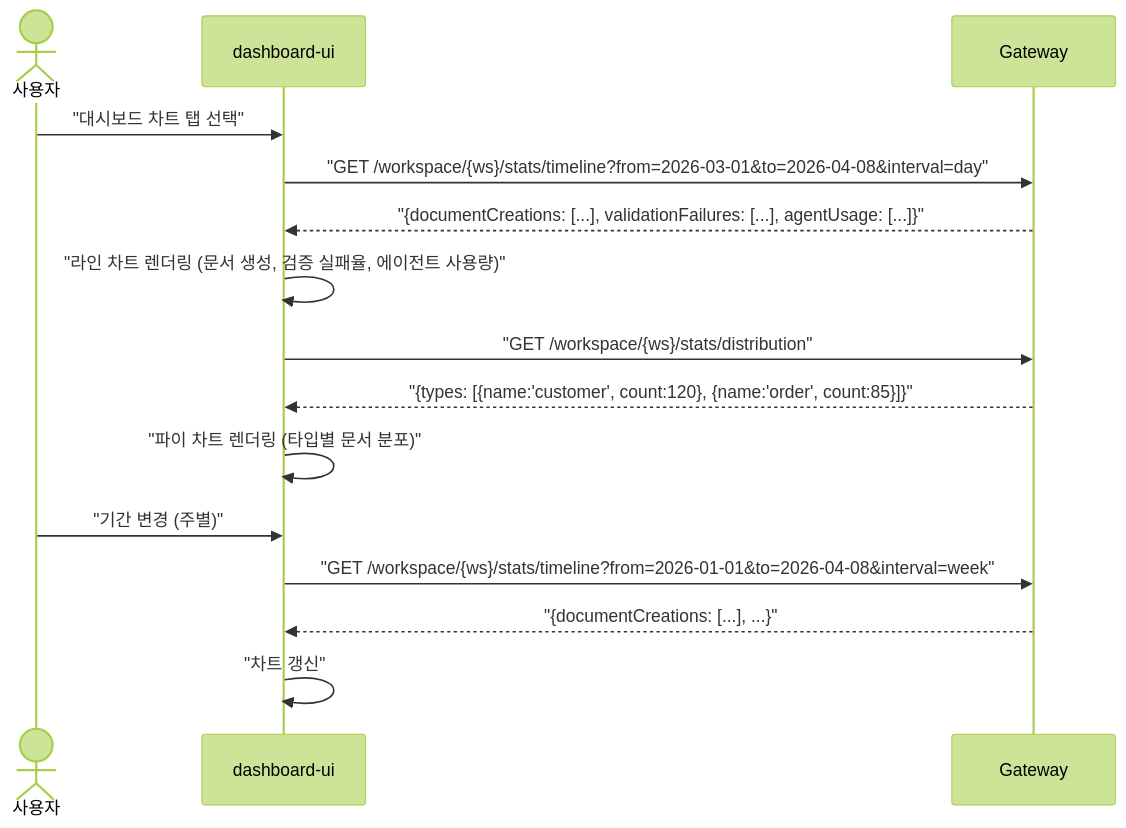
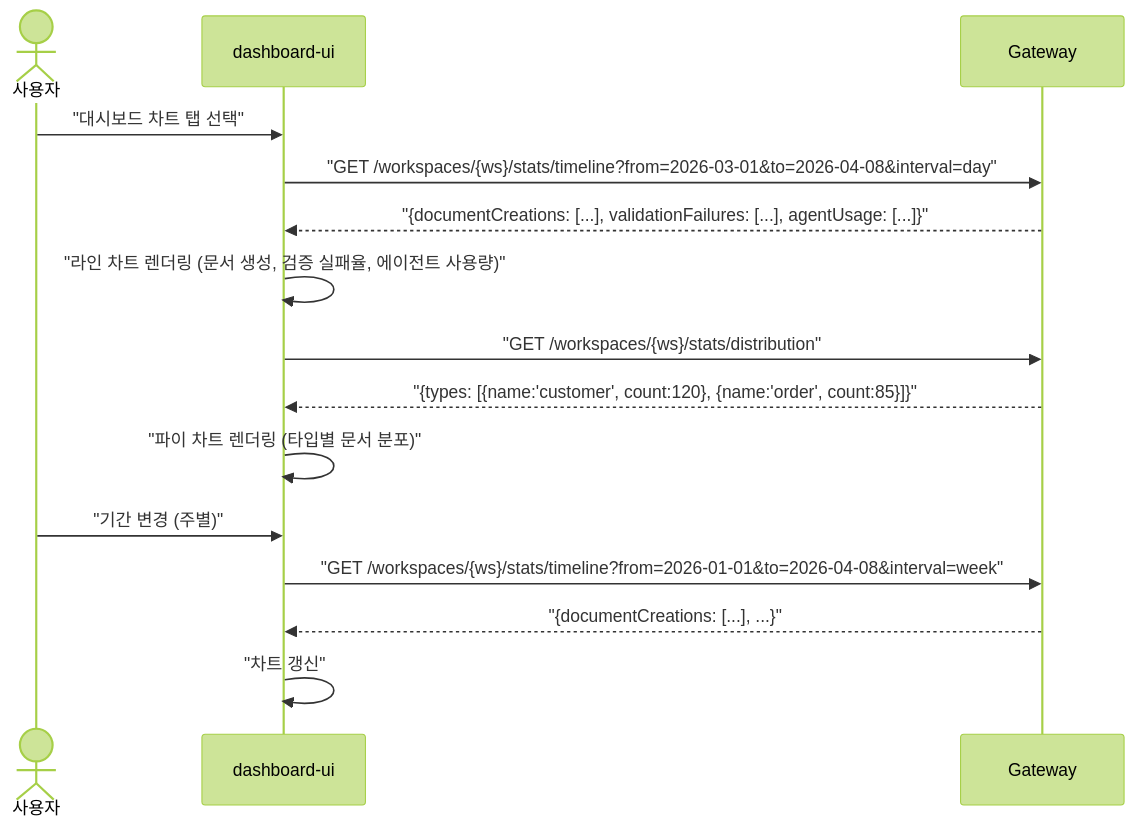
Diagram 28 of 28 in docs/usecases.md (sayaya1090/handbook), drawn with Mermaid (forest theme) before and after one commit. The commit also changed other lines of this file and 58 other files, not shown here.

````diff
--- a/docs/usecases.md
+++ b/docs/usecases.md
@@ -1938,20 +1938,20 @@
 ```mermaid
 sequenceDiagram
     actor U as 사용자
     participant Dash as dashboard-ui
     participant API as Gateway
 
     U->>Dash: "대시보드 차트 탭 선택"
-    Dash->>API: "GET /workspace/{ws}/stats/timeline?from=2026-03-01&to=2026-04-08&interval=day"
+    Dash->>API: "GET /workspaces/{ws}/stats/timeline?from=2026-03-01&to=2026-04-08&interval=day"
     API-->>Dash: "{documentCreations: [...], validationFailures: [...], agentUsage: [...]}"
     Dash->>Dash: "라인 차트 렌더링 (문서 생성, 검증 실패율, 에이전트 사용량)"
 
-    Dash->>API: "GET /workspace/{ws}/stats/distribution"
+    Dash->>API: "GET /workspaces/{ws}/stats/distribution"
     API-->>Dash: "{types: [{name:'customer', count:120}, {name:'order', count:85}]}"
     Dash->>Dash: "파이 차트 렌더링 (타입별 문서 분포)"
 
     U->>Dash: "기간 변경 (주별)"
-    Dash->>API: "GET /workspace/{ws}/stats/timeline?from=2026-01-01&to=2026-04-08&interval=week"
+    Dash->>API: "GET /workspaces/{ws}/stats/timeline?from=2026-01-01&to=2026-04-08&interval=week"
     API-->>Dash: "{documentCreations: [...], ...}"
     Dash->>Dash: "차트 갱신"
 ```
````
